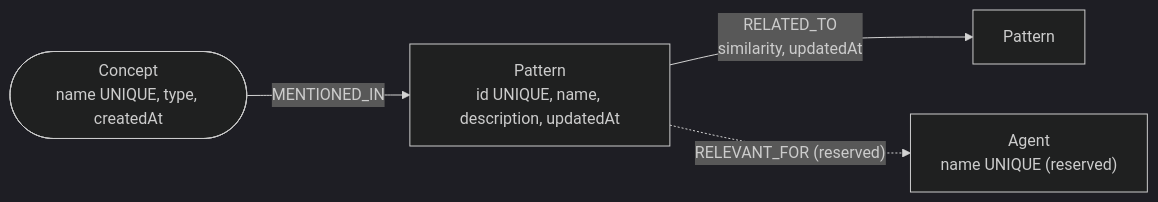
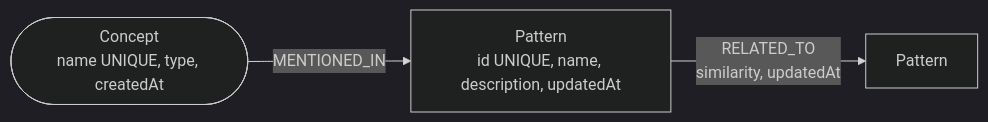
One commit to twistingmercury/mnemonic-docs changed the second of 3 diagrams in docs/design/data-storage.md. Above: the diagram before and after it, drawn with Mermaid (dark theme). The commit also changed other lines of this file and 19 other files, not shown here.

First line of the commit message:
docs: match the service fixes and the mnemonic-dbs schema

````diff
--- a/docs/design/data-storage.md
+++ b/docs/design/data-storage.md
@@ -927,6 +812,5 @@
 ```mermaid
 graph LR
     C(["Concept<br/>name UNIQUE, type, createdAt"]) -->|MENTIONED_IN| P["Pattern<br/>id UNIQUE, name, description, updatedAt"]
     P -->|"RELATED_TO<br/>similarity, updatedAt"| P2["Pattern"]
-    P -.->|"RELEVANT_FOR (reserved)"| A["Agent<br/>name UNIQUE (reserved)"]
 ```
````
